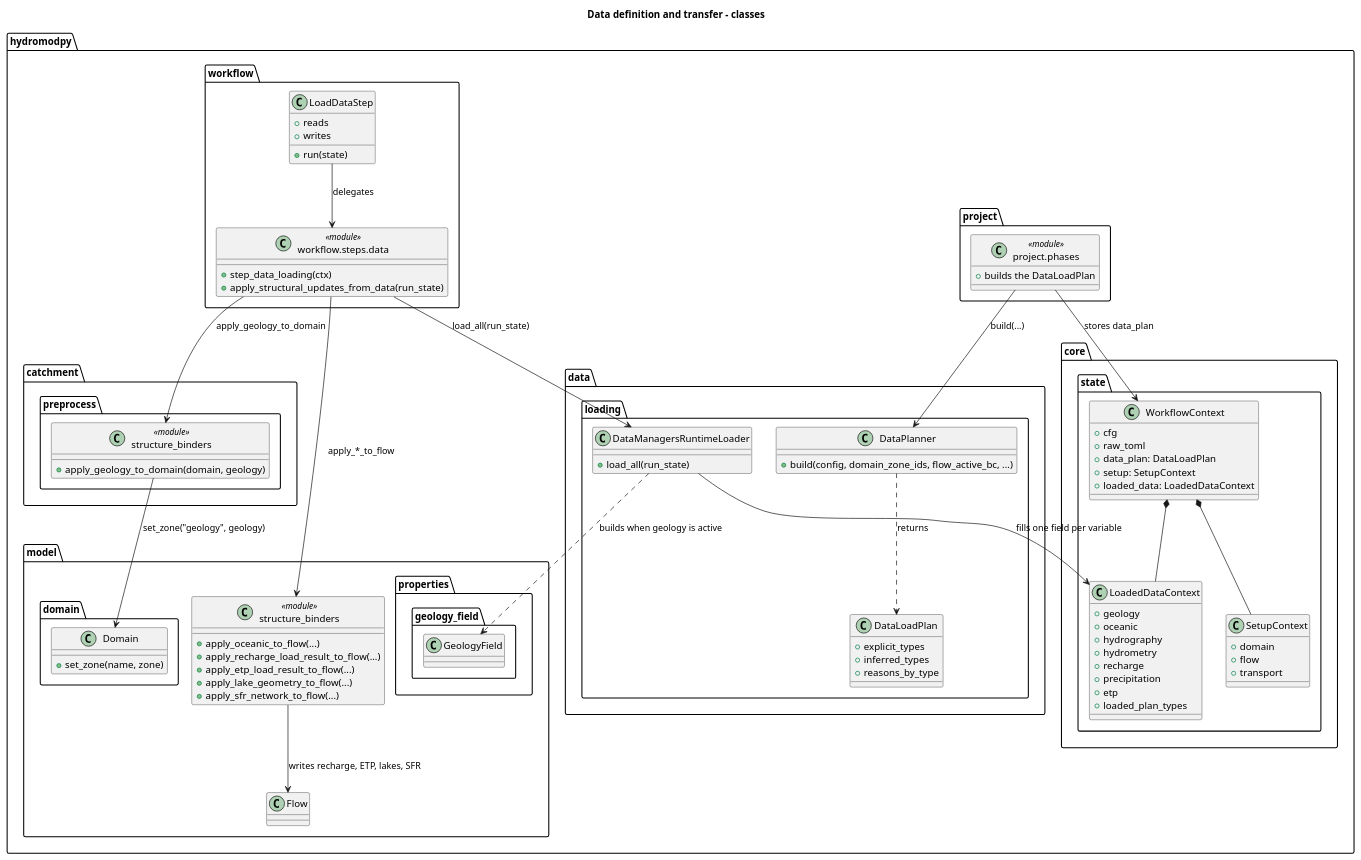
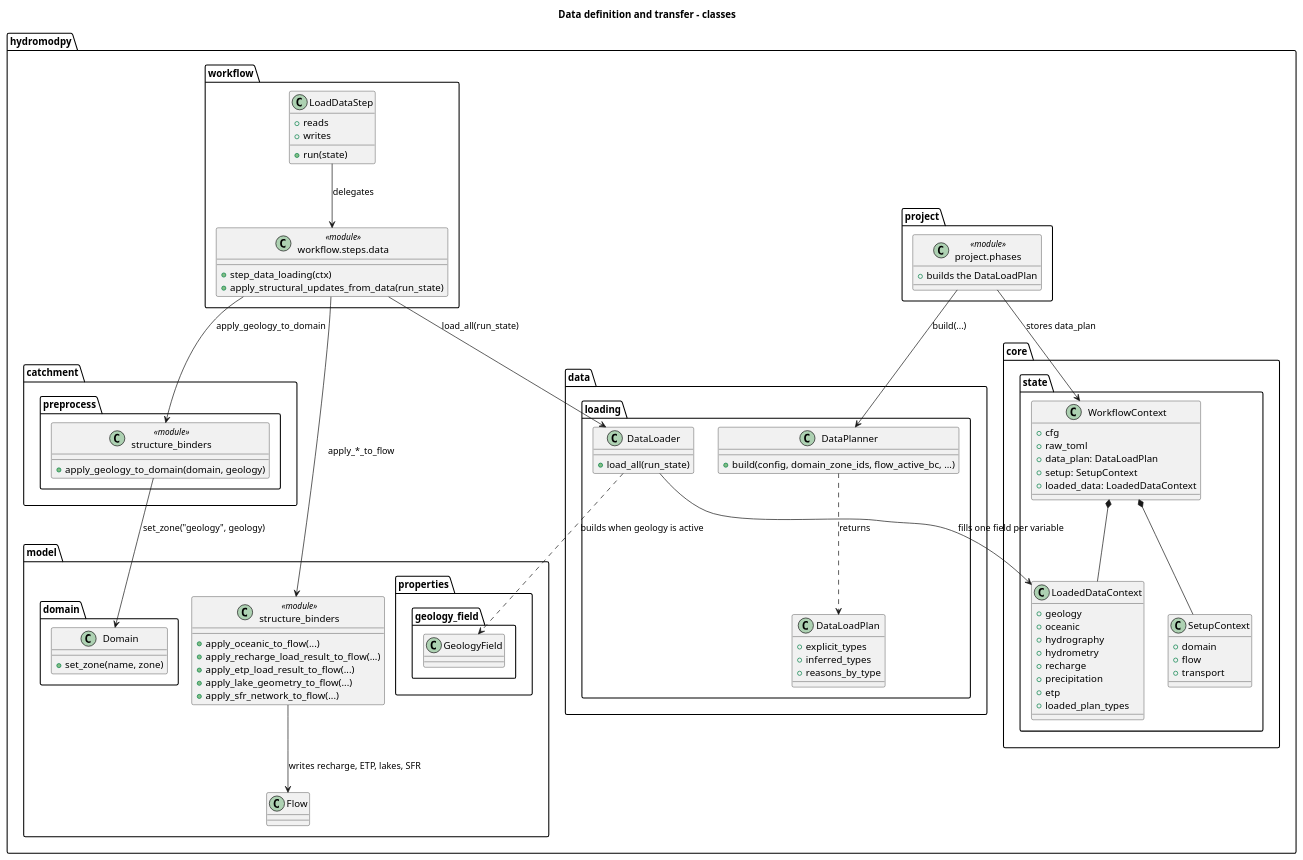
The diagram in docs/source/contribute/architecture/data_loading/diagrams/data_definition_transfer_class.wsd (HydroModPy/HydroModPy), drawn with PlantUML before and after one commit. The commit also changed 469 other files, not shown here.

```diff
--- a/docs/source/contribute/architecture/data_loading/diagrams/data_definition_transfer_class.wsd
+++ b/docs/source/contribute/architecture/data_loading/diagrams/data_definition_transfer_class.wsd
@@ -1,107 +1,107 @@
 @startuml
 title Data definition and transfer - classes
 
 package "hydromodpy.project" {
   class "project.phases" as ProjectPhases <<module>> {
     +builds the DataLoadPlan
   }
 }
 
 package "hydromodpy.workflow" {
   class LoadDataStep {
     +reads
     +writes
     +run(state)
   }
   class "workflow.steps.data" as DataStepModule <<module>> {
     +step_data_loading(ctx)
     +apply_structural_updates_from_data(run_state)
   }
 }
 
 package "hydromodpy.core.state" {
   class WorkflowContext {
     +cfg
     +raw_toml
     +data_plan: DataLoadPlan
     +setup: SetupContext
     +loaded_data: LoadedDataContext
   }
 
   class SetupContext {
     +domain
     +flow
     +transport
   }
 
   class LoadedDataContext {
     +geology
     +oceanic
     +hydrography
     +hydrometry
     +recharge
     +precipitation
     +etp
     +loaded_plan_types
   }
 }
 
 package "hydromodpy.data.loading" {
   class DataPlanner {
     +build(config, domain_zone_ids, flow_active_bc, ...)
   }
 
   class DataLoadPlan {
     +explicit_types
     +inferred_types
     +reasons_by_type
   }
 
-  class DataManagersRuntimeLoader {
+  class DataLoader {
     +load_all(run_state)
   }
 }
 
 package "hydromodpy.model.properties.geology_field" {
   class GeologyField
 }
 
 package "hydromodpy.model.domain" {
   class Domain {
     +set_zone(name, zone)
   }
 }
 
 package "hydromodpy.model" {
   class Flow
   class "structure_binders" as FlowBinders <<module>> {
     +apply_oceanic_to_flow(...)
     +apply_recharge_load_result_to_flow(...)
     +apply_etp_load_result_to_flow(...)
     +apply_lake_geometry_to_flow(...)
     +apply_sfr_network_to_flow(...)
   }
 }
 
 package "hydromodpy.catchment.preprocess" {
   class "structure_binders" as DomainBinders <<module>> {
     +apply_geology_to_domain(domain, geology)
   }
 }
 
 ProjectPhases --> DataPlanner : build(...)
 DataPlanner ..> DataLoadPlan : returns
 ProjectPhases --> WorkflowContext : stores data_plan
 LoadDataStep --> DataStepModule : delegates
-DataStepModule --> DataManagersRuntimeLoader : load_all(run_state)
-DataManagersRuntimeLoader --> LoadedDataContext : fills one field per variable
-DataManagersRuntimeLoader ..> GeologyField : builds when geology is active
+DataStepModule --> DataLoader : load_all(run_state)
+DataLoader --> LoadedDataContext : fills one field per variable
+DataLoader ..> GeologyField : builds when geology is active
 
 WorkflowContext *-- SetupContext
 WorkflowContext *-- LoadedDataContext
 
 DataStepModule --> DomainBinders : apply_geology_to_domain
 DomainBinders --> Domain : set_zone("geology", geology)
 DataStepModule --> FlowBinders : apply_*_to_flow
 FlowBinders --> Flow : writes recharge, ETP, lakes, SFR
 @enduml
```
